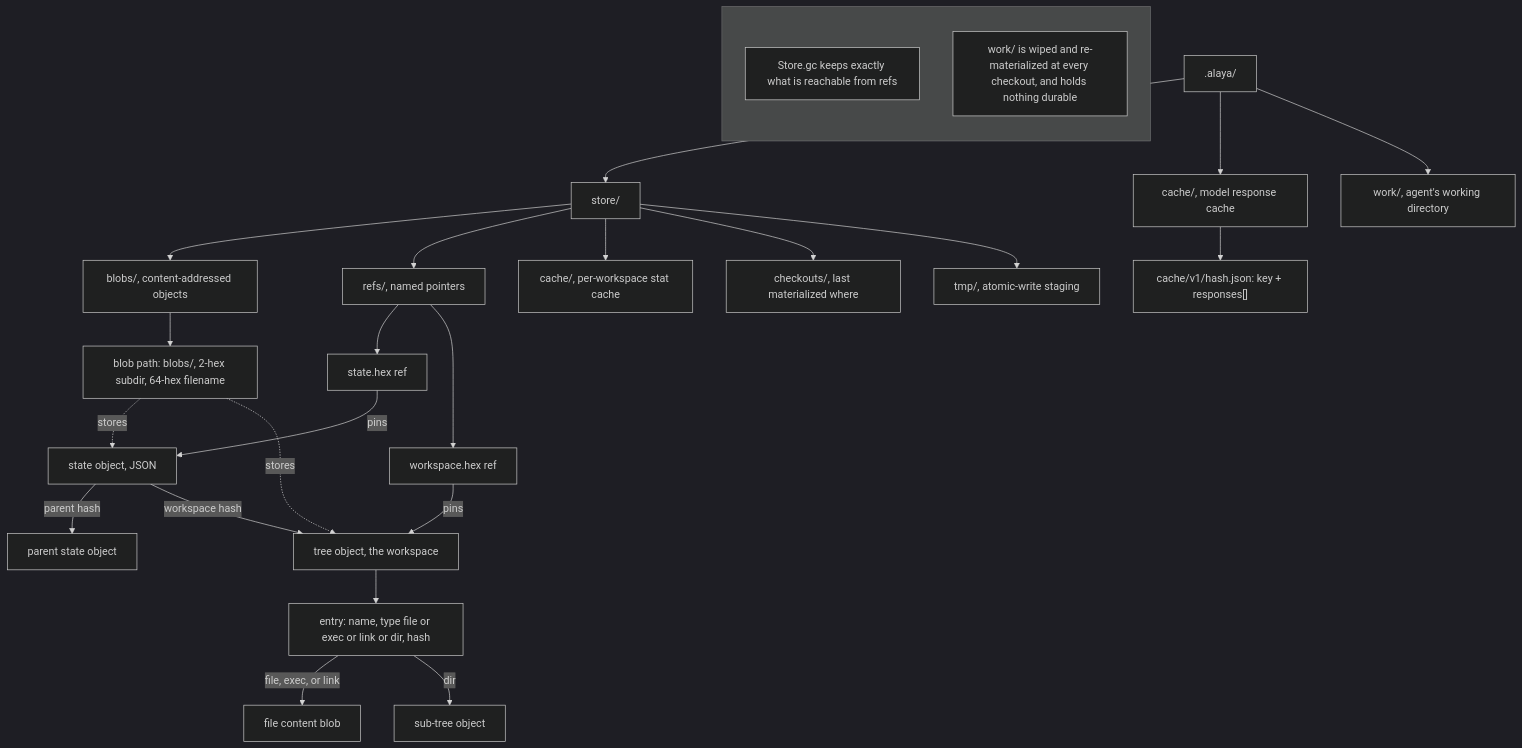
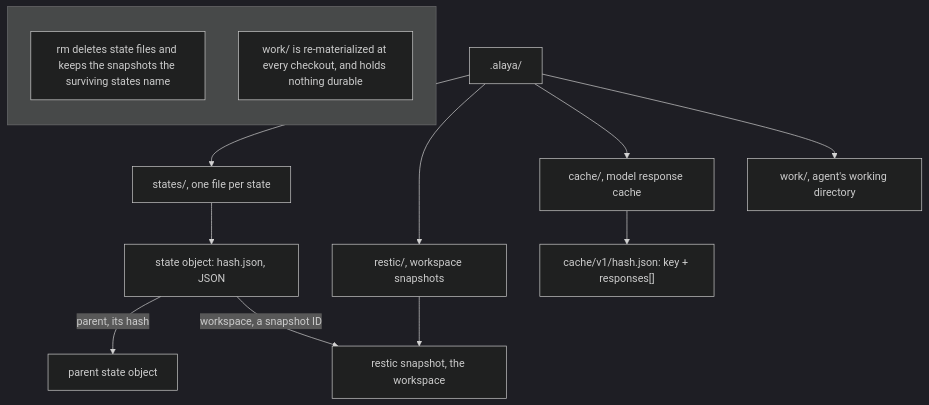
Before and after one commit to pku-xht/alaya: the tenth of 10 diagrams in docs/trajectory-schema.md, drawn with Mermaid (dark theme). The commit also changed other lines of this file and 29 other files, not shown here.

````diff
--- a/docs/trajectory-schema.md
+++ b/docs/trajectory-schema.md
@@ -471,55 +532,29 @@
 ```mermaid
 flowchart TD
   alayaRoot[".alaya/"]
-  storeDir["store/"]
+  statesDir["states/, one file per state"]
+  resticDir["restic/, workspace snapshots"]
   modelCacheDir["cache/, model response cache"]
   workDir["work/, agent's working directory"]
-  alayaRoot --> storeDir
+  alayaRoot --> statesDir
+  alayaRoot --> resticDir
   alayaRoot --> modelCacheDir
   alayaRoot --> workDir
 
-  blobsDir["blobs/, content-addressed objects"]
-  refsDir["refs/, named pointers"]
-  statCacheDir["cache/, per-workspace stat cache"]
-  checkoutsDir["checkouts/, last materialized where"]
-  tmpDir["tmp/, atomic-write staging"]
-  storeDir --> blobsDir
-  storeDir --> refsDir
-  storeDir --> statCacheDir
-  storeDir --> checkoutsDir
-  storeDir --> tmpDir
-
-  blobLayout["blob path: blobs/, 2-hex subdir, 64-hex filename"]
-  blobsDir --> blobLayout
-
-  stateObj["state object, JSON"]
+  stateObj["state object: hash.json, JSON"]
   parentState["parent state object"]
-  envTree["tree object, the workspace"]
-  blobLayout -.stores.-> stateObj
-  blobLayout -.stores.-> envTree
-  stateObj -->|parent hash| parentState
-  stateObj -->|workspace hash| envTree
-
-  treeEntry["entry: name, type file or exec or link or dir, hash"]
-  envTree --> treeEntry
-  fileBlob["file content blob"]
-  subTree["sub-tree object"]
-  treeEntry -->|file, exec, or link| fileBlob
-  treeEntry -->|dir| subTree
-
-  stateRef["state.hex ref"]
-  envRef["workspace.hex ref"]
-  refsDir --> stateRef
-  refsDir --> envRef
-  stateRef -->|pins| stateObj
-  envRef -->|pins| envTree
+  snapshot["restic snapshot, the workspace"]
+  statesDir --> stateObj
+  resticDir --> snapshot
+  stateObj -->|parent, its hash| parentState
+  stateObj -->|workspace, a snapshot ID| snapshot
 
   cacheEntry["cache/v1/hash.json: key + responses[]"]
   modelCacheDir --> cacheEntry
 
   subgraph Notes[" "]
     direction TB
-    gcNote["Store.gc keeps exactly what is reachable from refs"]
-    workNote["work/ is wiped and re-materialized at every checkout, and holds nothing durable"]
+    rmNote["rm deletes state files and keeps the snapshots the surviving states name"]
+    workNote["work/ is re-materialized at every checkout, and holds nothing durable"]
   end
 ```
````
